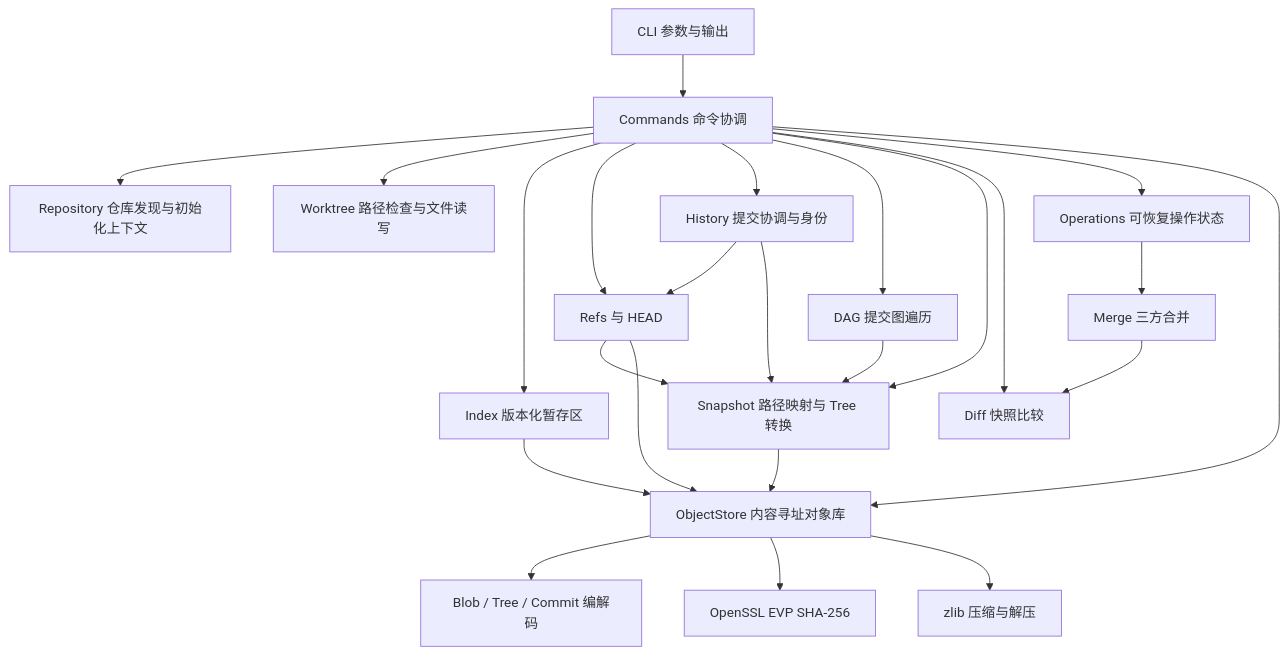
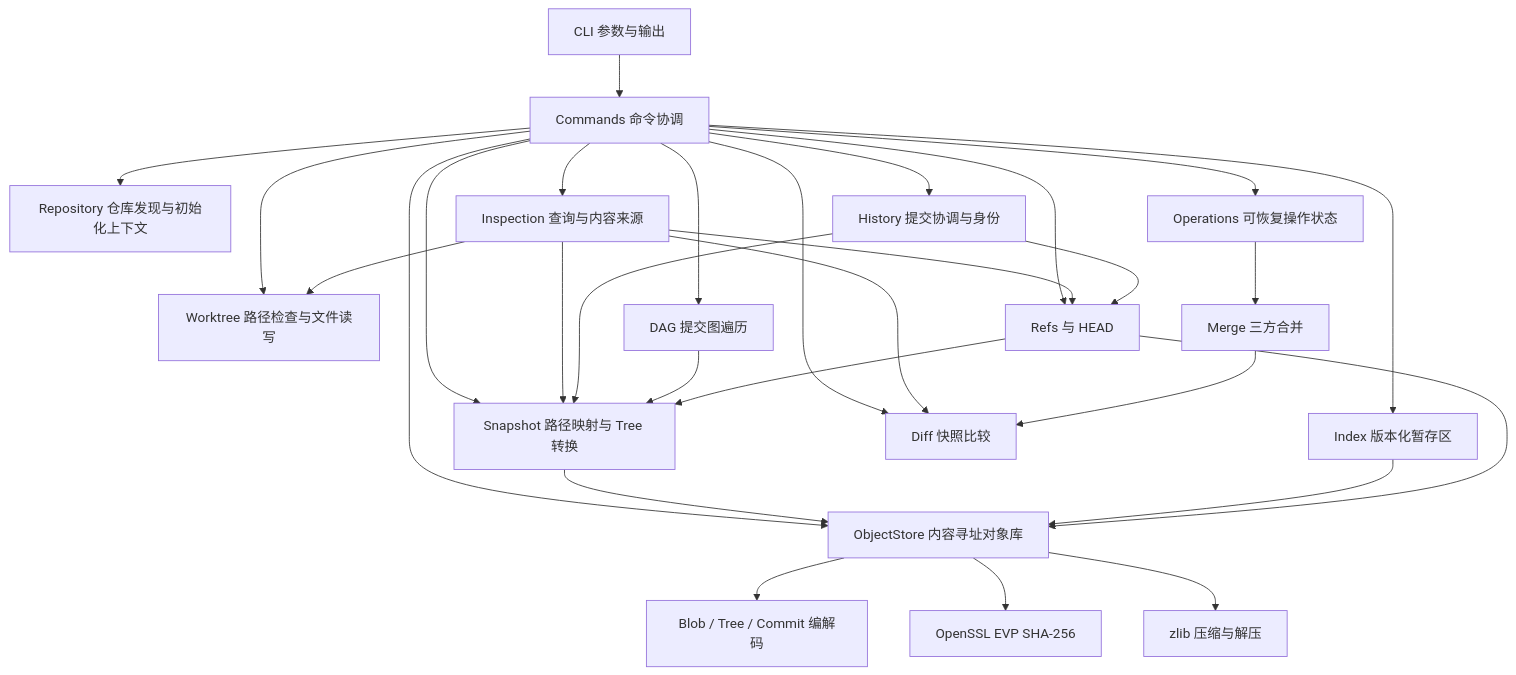
The first of 3 diagrams in docs/architecture.md (Always1010/MiniGit), drawn with Mermaid before and after one commit. The commit also changed other lines of this file and 11 other files, not shown here.

````diff
--- a/docs/architecture.md
+++ b/docs/architecture.md
@@ -9,26 +9,31 @@
 ```mermaid
 flowchart TD
     CLI[CLI 参数与输出] --> Commands[Commands 命令协调]
     Commands --> Repo[Repository 仓库发现与初始化上下文]
     Commands --> Worktree[Worktree 路径检查与文件读写]
     Commands --> Index[Index 版本化暂存区]
     Commands --> Refs[Refs 与 HEAD]
     Commands --> History[History 提交协调与身份]
     Commands --> DAG[DAG 提交图遍历]
     Commands --> Snapshot[Snapshot 路径映射与 Tree 转换]
     Commands --> Diff[Diff 快照比较]
+    Commands --> Inspection[Inspection 查询与内容来源]
+    Inspection --> Diff
+    Inspection --> Snapshot
+    Inspection --> Refs
+    Inspection --> Worktree
     Commands --> Operations[Operations 可恢复操作状态]
     Commands --> Objects[ObjectStore 内容寻址对象库]
     Operations --> Merge[Merge 三方合并]
     Merge --> Diff
     History --> Refs
     History --> Snapshot
     DAG --> Snapshot
     Refs --> Snapshot
     Snapshot --> Objects
     Index --> Objects
     Refs --> Objects
     Objects --> Codec[Blob / Tree / Commit 编解码]
     Objects --> Hash[OpenSSL EVP SHA-256]
     Objects --> Compression[zlib 压缩与解压]
 ```
````
